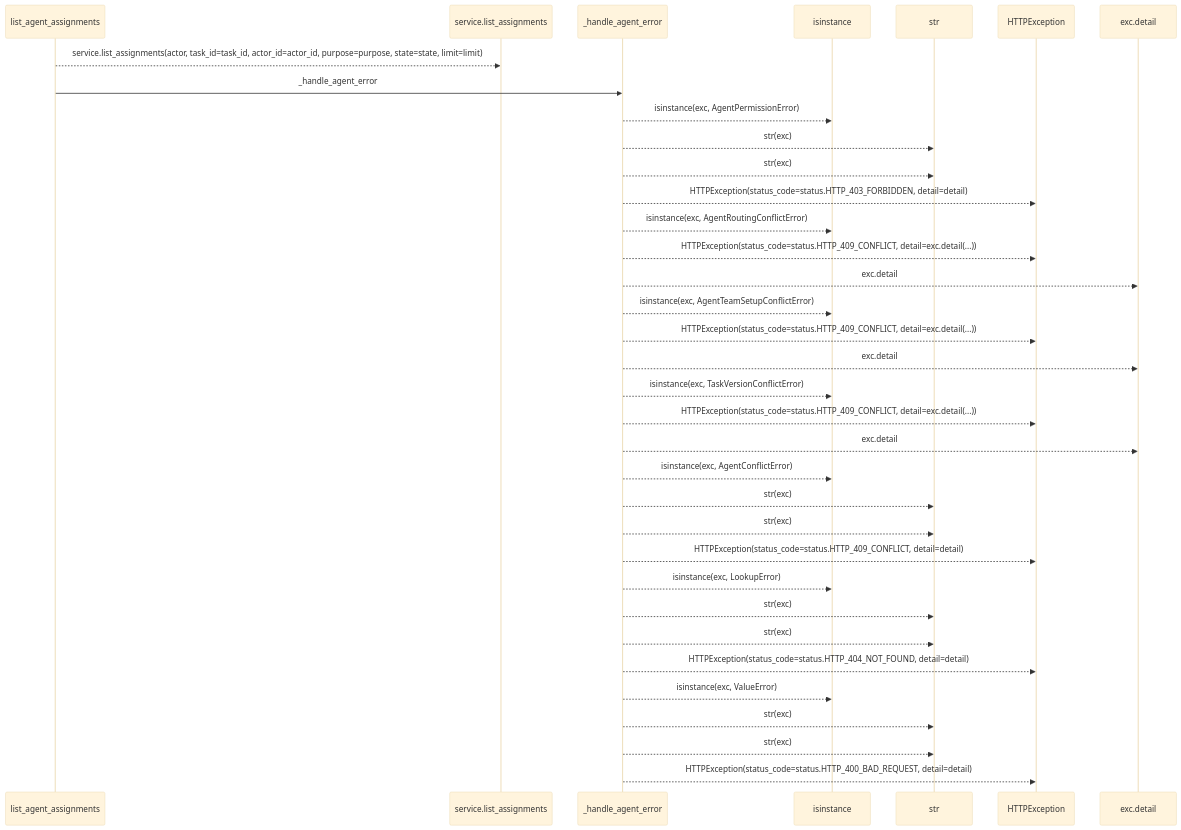
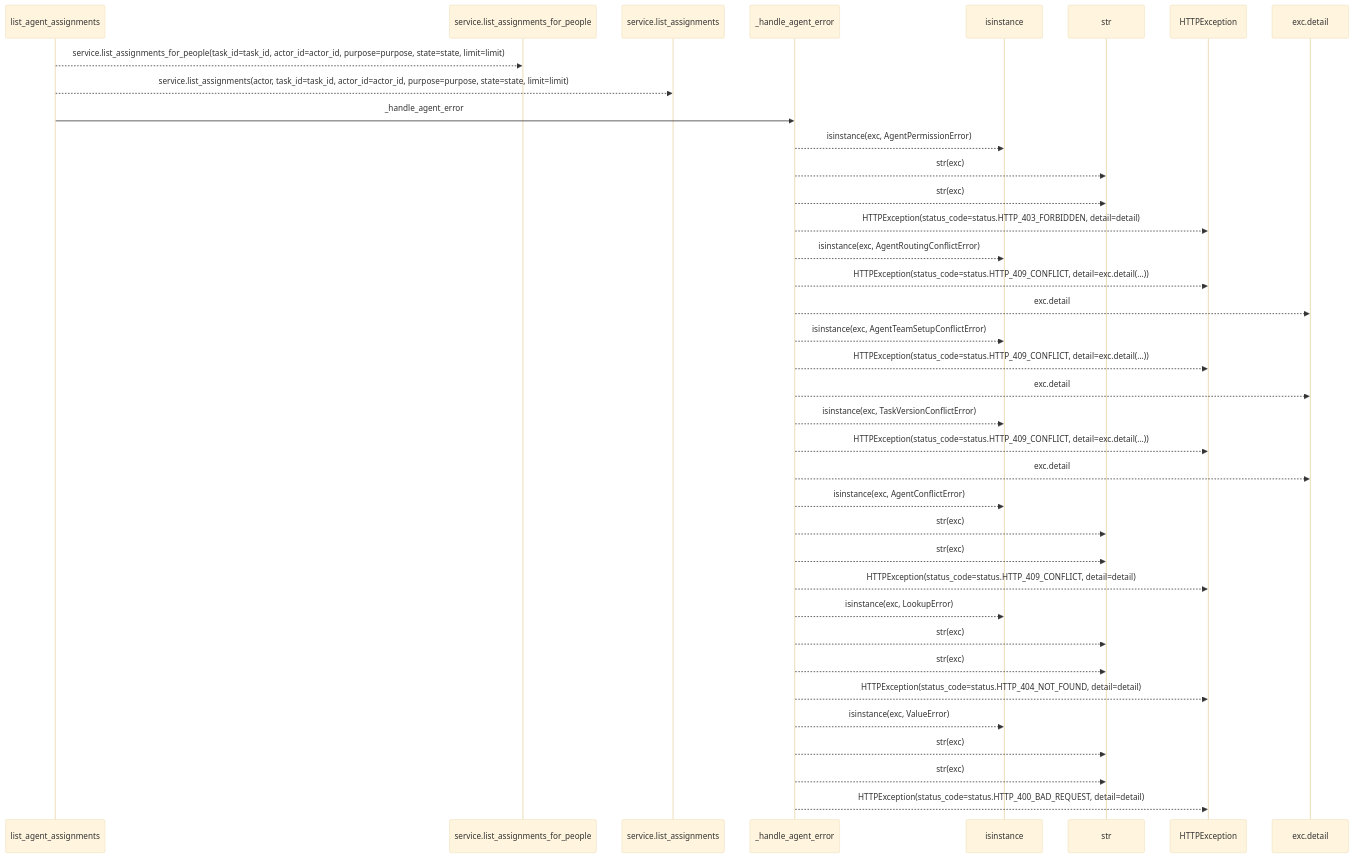
One commit to Denissvgn/WorkChord changed the first of 2 diagrams in docs/llm_wiki/flows/http-list_agent_assignments.md. Above: the diagram before and after it, drawn with Mermaid (base theme). The commit also changed other lines of this file and 853 other files, not shown here.

````diff
--- a/docs/llm_wiki/flows/http-list_agent_assignments.md
+++ b/docs/llm_wiki/flows/http-list_agent_assignments.md
@@ -12,37 +12,39 @@
 ```mermaid
 sequenceDiagram
     participant p0 as list_agent_assignments
-    participant p1 as service.list_assignments
-    participant p2 as _handle_agent_error
-    participant p3 as isinstance
-    participant p4 as str
-    participant p5 as HTTPException
-    participant p6 as exc.detail
-    p0-->>p1: service.list_assignments(actor, task_id=task_id, actor_id=actor_id, purpose=purpose, state=state, limit=limit)
-    p0->>p2: _handle_agent_error
-    p2-->>p3: isinstance(exc, AgentPermissionError)
-    p2-->>p4: str(exc)
-    p2-->>p4: str(exc)
-    p2-->>p5: HTTPException(status_code=status.HTTP_403_FORBIDDEN, detail=detail)
-    p2-->>p3: isinstance(exc, AgentRoutingConflictError)
-    p2-->>p5: HTTPException(status_code=status.HTTP_409_CONFLICT, detail=exc.detail(...))
-    p2-->>p6: exc.detail
-    p2-->>p3: isinstance(exc, AgentTeamSetupConflictError)
-    p2-->>p5: HTTPException(status_code=status.HTTP_409_CONFLICT, detail=exc.detail(...))
-    p2-->>p6: exc.detail
-    p2-->>p3: isinstance(exc, TaskVersionConflictError)
-    p2-->>p5: HTTPException(status_code=status.HTTP_409_CONFLICT, detail=exc.detail(...))
-    p2-->>p6: exc.detail
-    p2-->>p3: isinstance(exc, AgentConflictError)
-    p2-->>p4: str(exc)
-    p2-->>p4: str(exc)
-    p2-->>p5: HTTPException(status_code=status.HTTP_409_CONFLICT, detail=detail)
-    p2-->>p3: isinstance(exc, LookupError)
-    p2-->>p4: str(exc)
-    p2-->>p4: str(exc)
-    p2-->>p5: HTTPException(status_code=status.HTTP_404_NOT_FOUND, detail=detail)
-    p2-->>p3: isinstance(exc, ValueError)
-    p2-->>p4: str(exc)
-    p2-->>p4: str(exc)
-    p2-->>p5: HTTPException(status_code=status.HTTP_400_BAD_REQUEST, detail=detail)
+    participant p1 as service.list_assignments_for_people
+    participant p2 as service.list_assignments
+    participant p3 as _handle_agent_error
+    participant p4 as isinstance
+    participant p5 as str
+    participant p6 as HTTPException
+    participant p7 as exc.detail
+    p0-->>p1: service.list_assignments_for_people(task_id=task_id, actor_id=actor_id, purpose=purpose, state=state, limit=limit)
+    p0-->>p2: service.list_assignments(actor, task_id=task_id, actor_id=actor_id, purpose=purpose, state=state, limit=limit)
+    p0->>p3: _handle_agent_error
+    p3-->>p4: isinstance(exc, AgentPermissionError)
+    p3-->>p5: str(exc)
+    p3-->>p5: str(exc)
+    p3-->>p6: HTTPException(status_code=status.HTTP_403_FORBIDDEN, detail=detail)
+    p3-->>p4: isinstance(exc, AgentRoutingConflictError)
+    p3-->>p6: HTTPException(status_code=status.HTTP_409_CONFLICT, detail=exc.detail(...))
+    p3-->>p7: exc.detail
+    p3-->>p4: isinstance(exc, AgentTeamSetupConflictError)
+    p3-->>p6: HTTPException(status_code=status.HTTP_409_CONFLICT, detail=exc.detail(...))
+    p3-->>p7: exc.detail
+    p3-->>p4: isinstance(exc, TaskVersionConflictError)
+    p3-->>p6: HTTPException(status_code=status.HTTP_409_CONFLICT, detail=exc.detail(...))
+    p3-->>p7: exc.detail
+    p3-->>p4: isinstance(exc, AgentConflictError)
+    p3-->>p5: str(exc)
+    p3-->>p5: str(exc)
+    p3-->>p6: HTTPException(status_code=status.HTTP_409_CONFLICT, detail=detail)
+    p3-->>p4: isinstance(exc, LookupError)
+    p3-->>p5: str(exc)
+    p3-->>p5: str(exc)
+    p3-->>p6: HTTPException(status_code=status.HTTP_404_NOT_FOUND, detail=detail)
+    p3-->>p4: isinstance(exc, ValueError)
+    p3-->>p5: str(exc)
+    p3-->>p5: str(exc)
+    p3-->>p6: HTTPException(status_code=status.HTTP_400_BAD_REQUEST, detail=detail)
 ```
````
